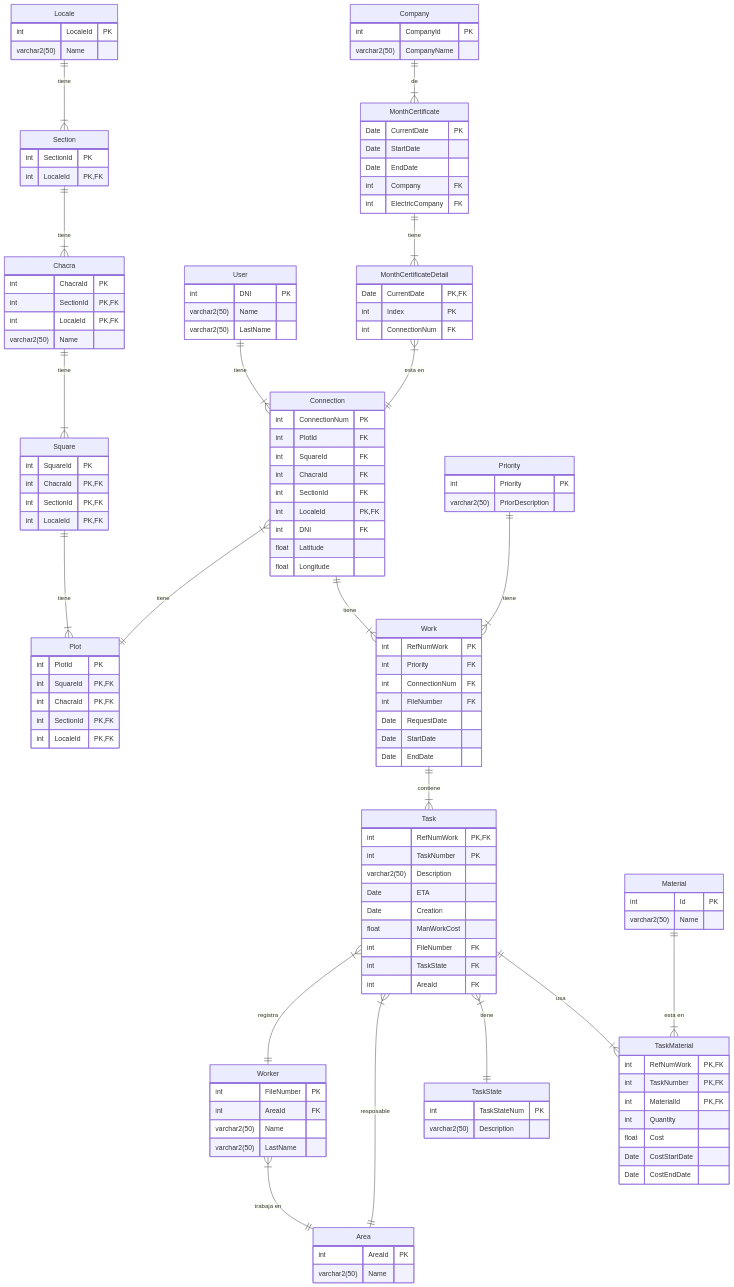
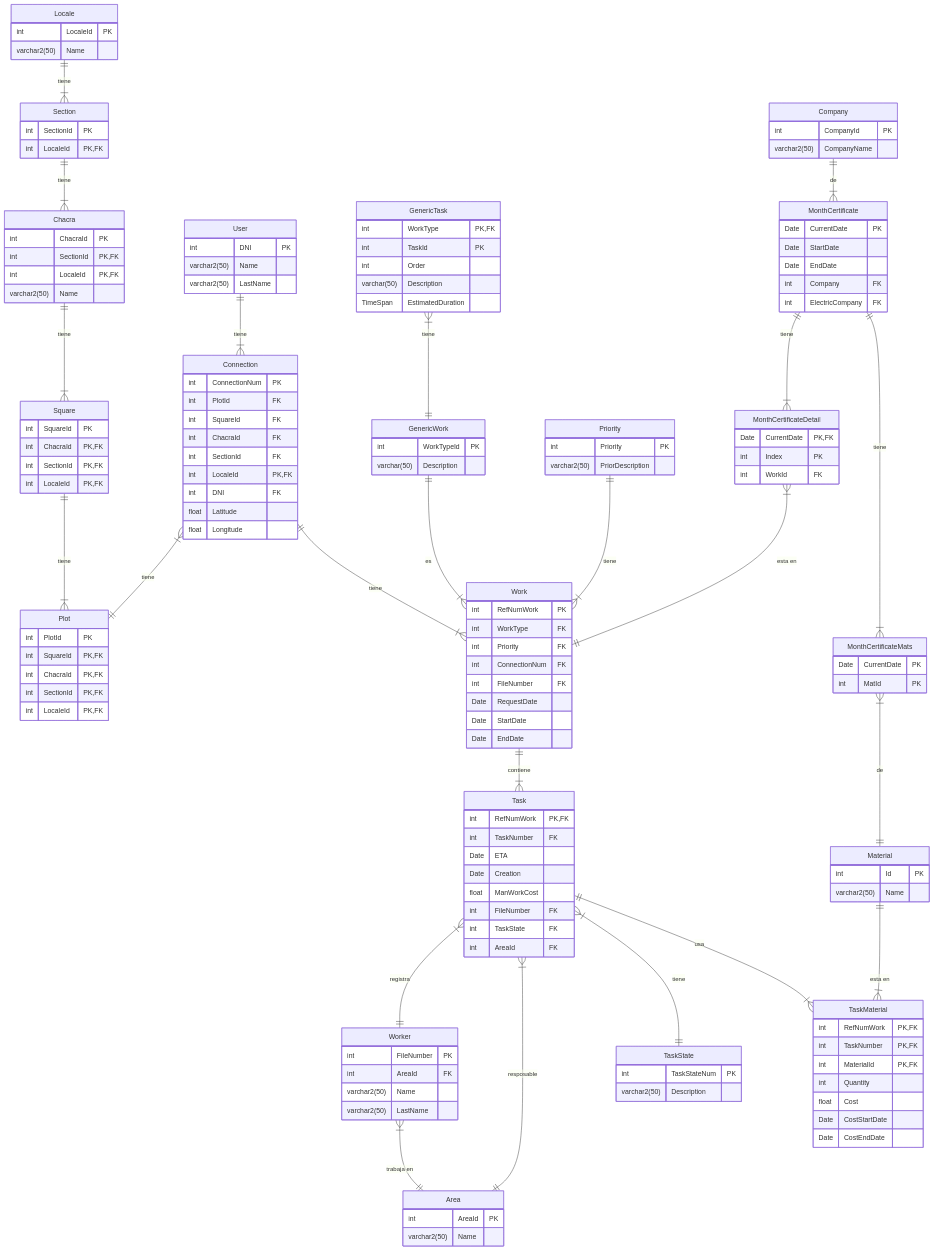
The diagram in docs/DER.md (Oscar-Wohlfarhrt/TBD-2024-TPI), drawn with Mermaid before and after one commit.

````diff
--- a/docs/DER.md
+++ b/docs/DER.md
@@ -58,8 +58,20 @@
 		varchar2(50) Name
 		varchar2(50) LastName
 	}
+	GenericWork{
+		int WorkTypeId PK
+		varchar(50) Description
+	}
+	GenericTask{
+		int WorkType PK,FK
+		int TaskId PK
+		int Order
+		varchar(50) Description
+		TimeSpan EstimatedDuration
+	}
 	Work{
         int RefNumWork PK
+		int WorkType FK
         int Priority FK
 		int ConnectionNum FK
 		int FileNumber FK
@@ -73,8 +85,7 @@
     }
 	Task{
         int RefNumWork PK,FK
-		int TaskNumber PK
-        varchar2(50) Description
+		int TaskNumber FK
 		Date ETA
 		Date Creation
 		float ManWorkCost
@@ -110,16 +121,23 @@
     MonthCertificateDetail{
         Date CurrentDate PK,FK
         int Index PK
-        int ConnectionNum FK
+        int WorkId FK
     }
+	MonthCertificateMats{
+		Date CurrentDate PK
+		int MatId PK
+
+	}
 	Company{
 		int CompanyId PK
 		varchar2(50) CompanyName
 	}
 
     MonthCertificate ||--|{ MonthCertificateDetail : "tiene"
-    MonthCertificateDetail }|--|| Connection: "esta en"
+    MonthCertificateDetail }|--|| Work: "esta en"
     Company ||--|{ MonthCertificate : "de"
+	MonthCertificate ||--|{ MonthCertificateMats : "tiene"
+	MonthCertificateMats }|--|| Material : "de"
     
 	Locale ||--|{ Section : tiene
 	Section ||--|{ Chacra : tiene
@@ -137,4 +155,7 @@
 	Material ||--|{ TaskMaterial : "esta en"
     Priority ||--|{ Work : "tiene"
     User ||--|{ Connection : "tiene"
+
+	GenericWork ||--|{ Work : "es"
+	GenericTask }|--|| GenericWork : "tiene"
 ```
````
